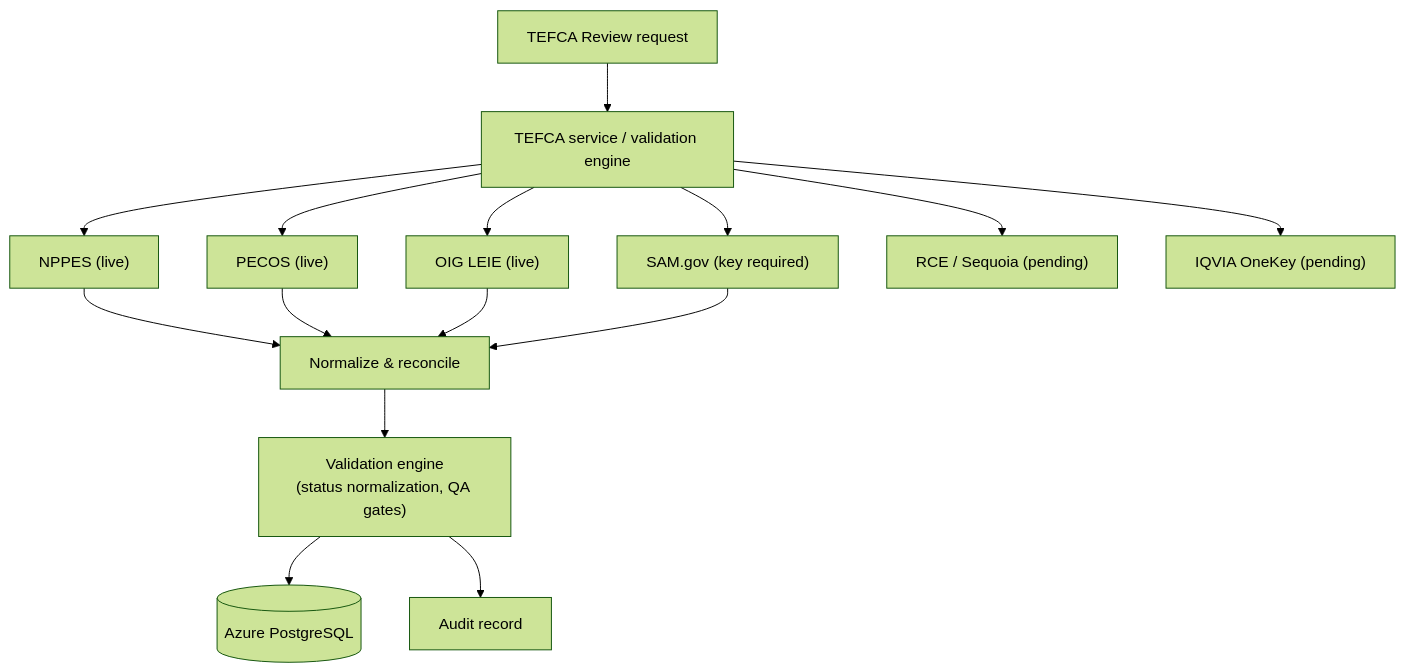
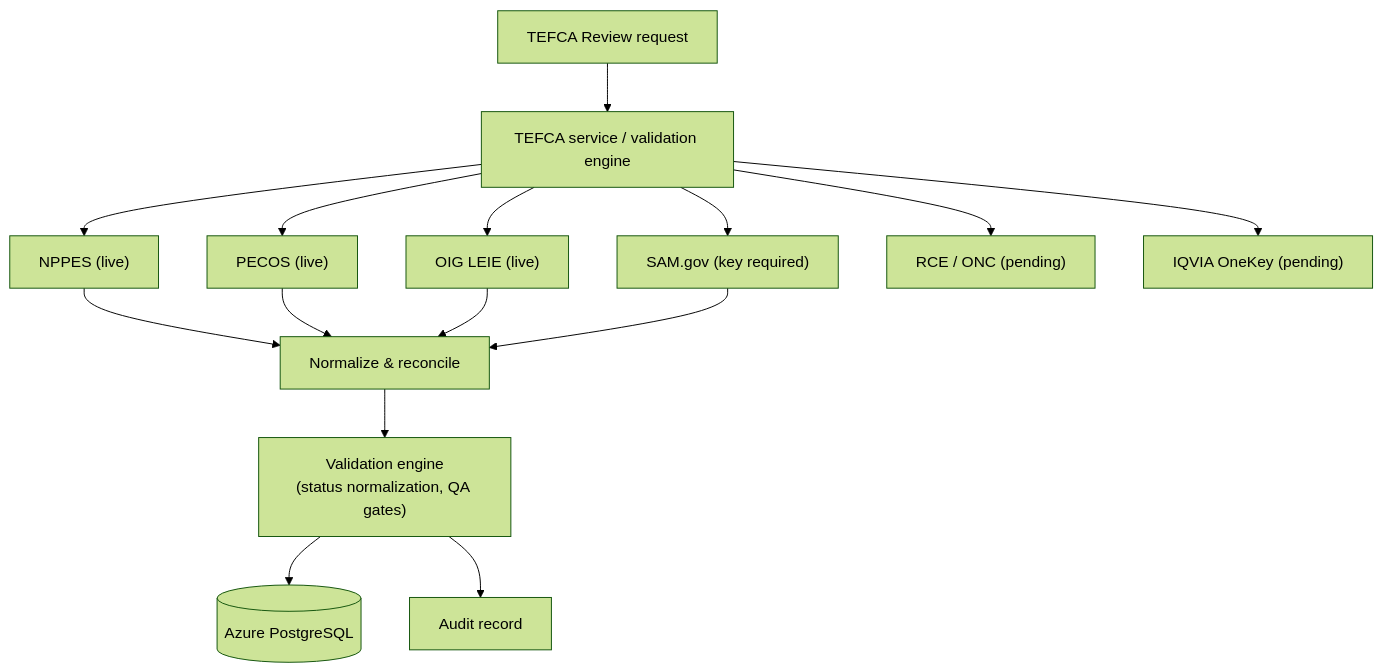
One commit to DocuAction/docuaction-backend changed the third of 4 diagrams in docs/architecture/data-flow.md. Above: the diagram before and after it, drawn with Mermaid (forest theme). The commit also changed 42 other files, not shown here.

````diff
--- a/docs/architecture/data-flow.md
+++ b/docs/architecture/data-flow.md
@@ -96,17 +96,17 @@
 ```mermaid
 flowchart TD
     Req["TEFCA Review request"] --> Svc["TEFCA service / validation engine"]
     Svc --> NPPES["NPPES (live)"]
     Svc --> PECOS["PECOS (live)"]
     Svc --> LEIE["OIG LEIE (live)"]
     Svc --> SAM["SAM.gov (key required)"]
-    Svc --> RCE["RCE / Sequoia (pending)"]
+    Svc --> RCE["RCE / ONC (pending)"]
     Svc --> IQVIA["IQVIA OneKey (pending)"]
     NPPES --> Norm["Normalize &amp; reconcile"]
     PECOS --> Norm
     LEIE --> Norm
     SAM --> Norm
     Norm --> Val["Validation engine<br/>(status normalization, QA gates)"]
     Val --> Persist[("Azure PostgreSQL")]
     Val --> Audit["Audit record"]
 ```
````
